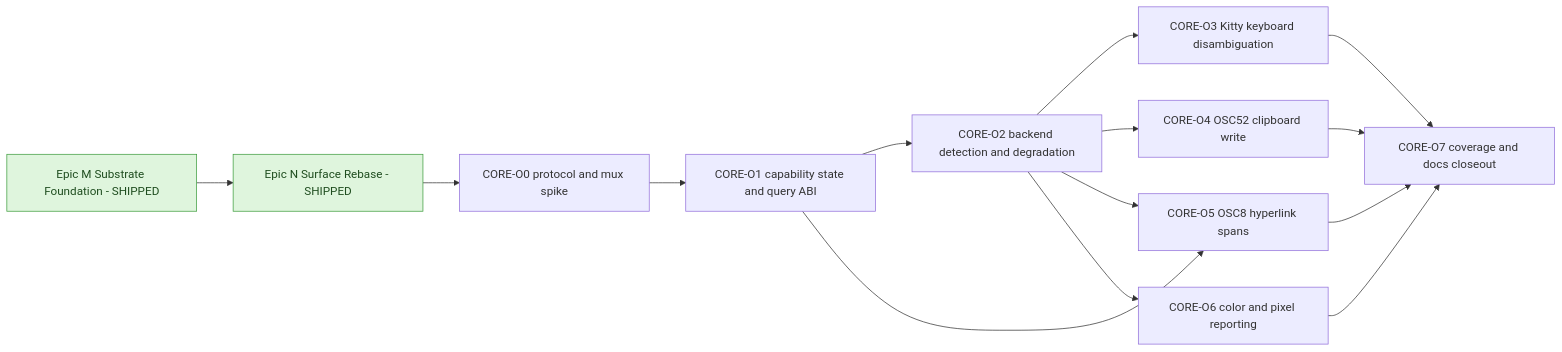
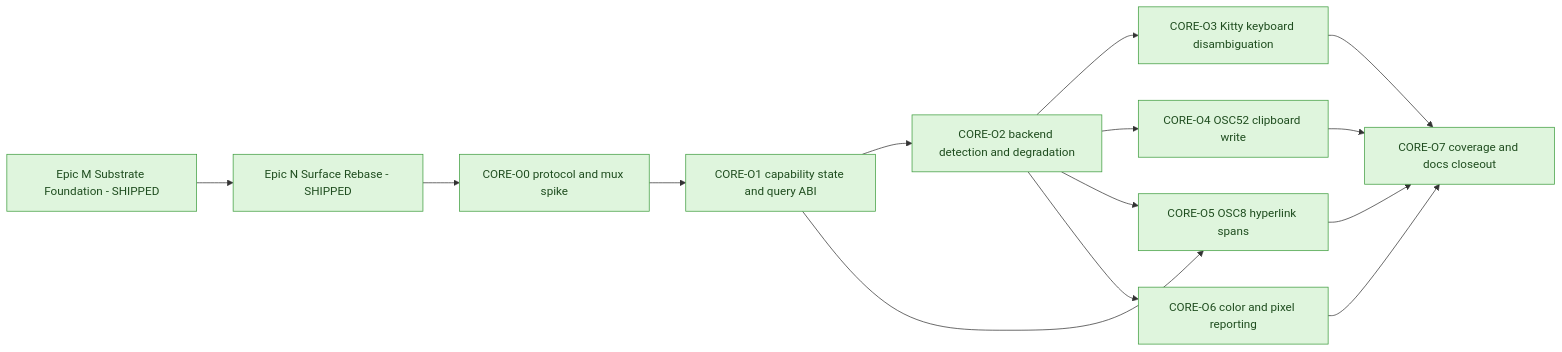
Before and after one commit to openkraken-ai/kraken-tui: the diagram in docs/Tasks.md, drawn with Mermaid. The commit also changed other lines of this file and 28 other files, not shown here.

````diff
--- a/docs/Tasks.md
+++ b/docs/Tasks.md
@@ -38,19 +38,20 @@
 ```mermaid
 flowchart LR
     M[Epic M Substrate Foundation - SHIPPED]:::done
     N[Epic N Surface Rebase - SHIPPED]:::done
     M --> N
     N --> O0[CORE-O0 protocol and mux spike]
     O0 --> O1[CORE-O1 capability state and query ABI]
     O1 --> O2[CORE-O2 backend detection and degradation]
     O2 --> O3[CORE-O3 Kitty keyboard disambiguation]
     O2 --> O4[CORE-O4 OSC52 clipboard write]
     O1 --> O5[CORE-O5 OSC8 hyperlink spans]
     O2 --> O5
     O2 --> O6[CORE-O6 color and pixel reporting]
     O3 --> O7[CORE-O7 coverage and docs closeout]
     O4 --> O7
     O5 --> O7
     O6 --> O7
+    class O0,O1,O2,O3,O4,O5,O6,O7 done;
     classDef done fill:#dff5dd,stroke:#3f9d3f,color:#1f4d1f;
 ```
````
